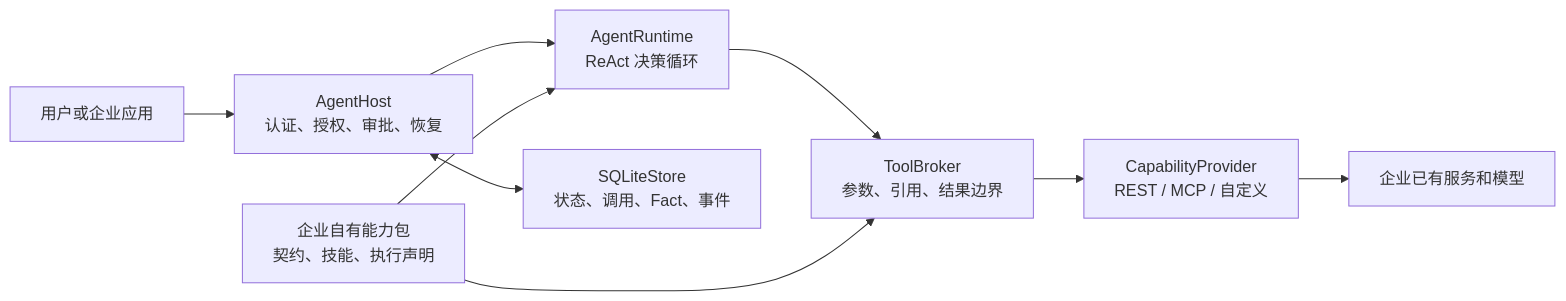
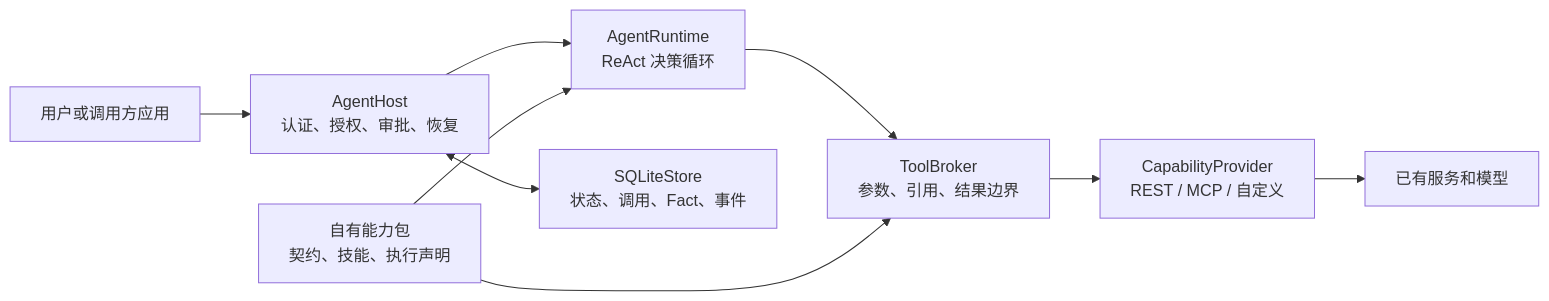
One commit to KHG420/agenstra changed the diagram in README.md. Above: the diagram before and after it, drawn with Mermaid. The commit also changed other lines of this file and 36 other files, not shown here.

````diff
--- a/README.md
+++ b/README.md
@@ -13,11 +13,11 @@
 ```mermaid
 flowchart LR
-    U[用户或企业应用] --> H[AgentHost\n认证、授权、审批、恢复]
+    U[用户或调用方应用] --> H[AgentHost\n认证、授权、审批、恢复]
     H --> R[AgentRuntime\nReAct 决策循环]
     R --> B[ToolBroker\n参数、引用、结果边界]
-    P[企业自有能力包\n契约、技能、执行声明] --> R
+    P[自有能力包\n契约、技能、执行声明] --> R
     P --> B
     B --> C[CapabilityProvider\nREST / MCP / 自定义]
-    C --> E[企业已有服务和模型]
+    C --> E[已有服务和模型]
     H <--> S[SQLiteStore\n状态、调用、Fact、事件]
 ```
````
